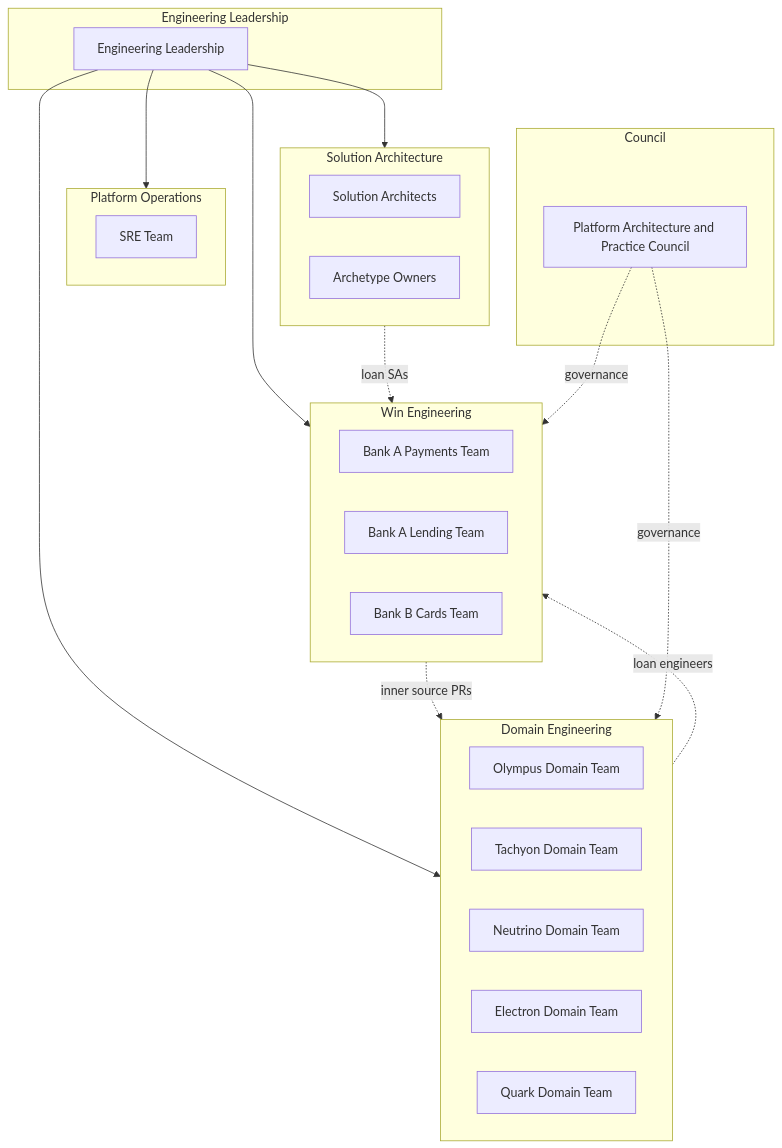
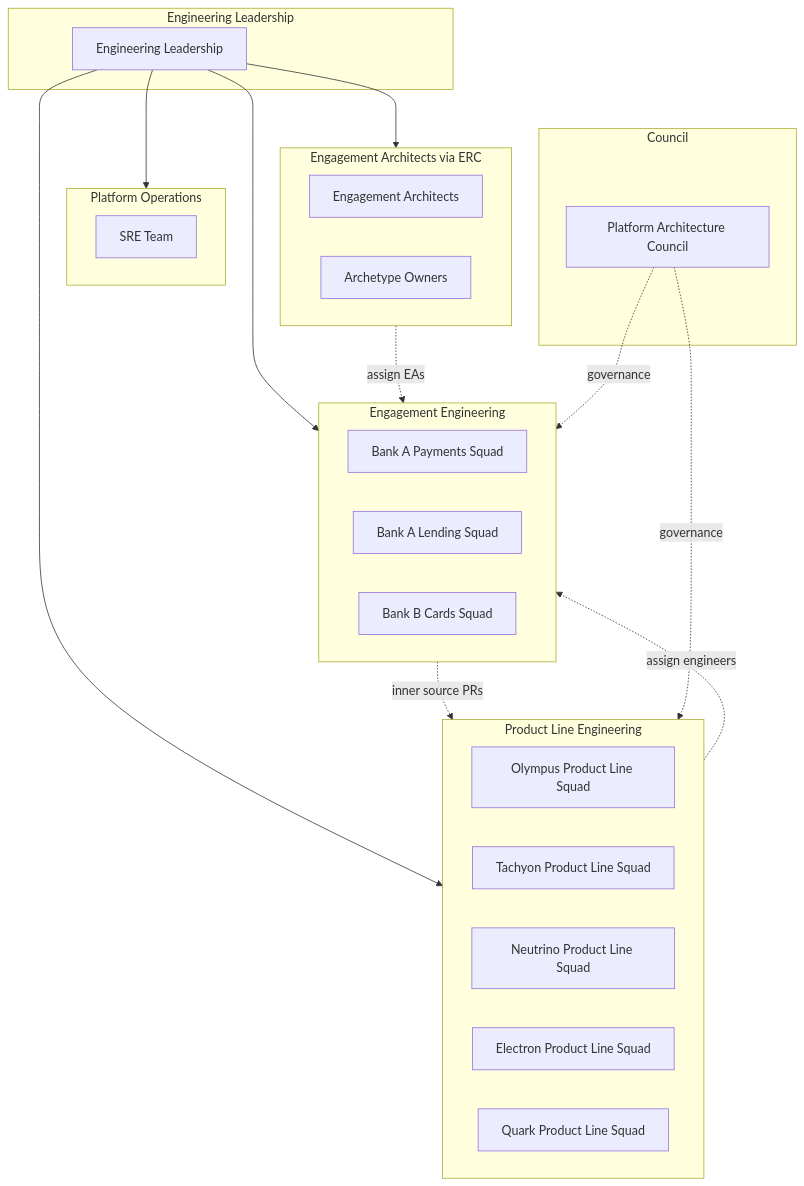
The diagram in org-8.0/product-line-engineering/README.md (gramki/temp-website), drawn with Mermaid before and after one commit. The commit also changed other lines of this file and 133 other files, not shown here.

````diff
--- a/org-8.0/product-line-engineering/README.md
+++ b/org-8.0/product-line-engineering/README.md
@@ -20,45 +22,45 @@
 ```mermaid
 graph TB
     subgraph leadership [Engineering Leadership]
         EL[Engineering Leadership]
     end
     
-    subgraph domain [Domain Engineering]
-        OLY[Olympus Domain Team]
-        TAC[Tachyon Domain Team]
-        NEU[Neutrino Domain Team]
-        ELE[Electron Domain Team]
-        QUA[Quark Domain Team]
+    subgraph domain [Product Line Engineering]
+        OLY[Olympus Product Line Squad]
+        TAC[Tachyon Product Line Squad]
+        NEU[Neutrino Product Line Squad]
+        ELE[Electron Product Line Squad]
+        QUA[Quark Product Line Squad]
     end
     
-    subgraph sa [Solution Architecture]
-        SAT[Solution Architects]
+    subgraph sa [Engagement Architects via ERC]
+        SAT[Engagement Architects]
         ARC[Archetype Owners]
     end
     
-    subgraph win [Win Engineering]
-        ENG1[Bank A Payments Team]
-        ENG2[Bank A Lending Team]
-        ENG3[Bank B Cards Team]
+    subgraph win [Engagement Engineering]
+        ENG1[Bank A Payments Squad]
+        ENG2[Bank A Lending Squad]
+        ENG3[Bank B Cards Squad]
     end
     
     subgraph ops [Platform Operations]
         SRE[SRE Team]
     end
     
     subgraph council [Council]
-        PAPC[Platform Architecture and Practice Council]
+        PAC[Platform Architecture Council]
     end
     
     EL --> domain
     EL --> sa
     EL --> win
     EL --> ops
     
-    domain -.->|loan engineers| win
-    sa -.->|loan SAs| win
+    domain -.->|assign engineers| win
+    sa -.->|assign EAs| win
     win -.->|inner source PRs| domain
     
-    PAPC -.->|governance| domain
-    PAPC -.->|governance| win
+    PAC -.->|governance| domain
+    PAC -.->|governance| win
 ```
````
